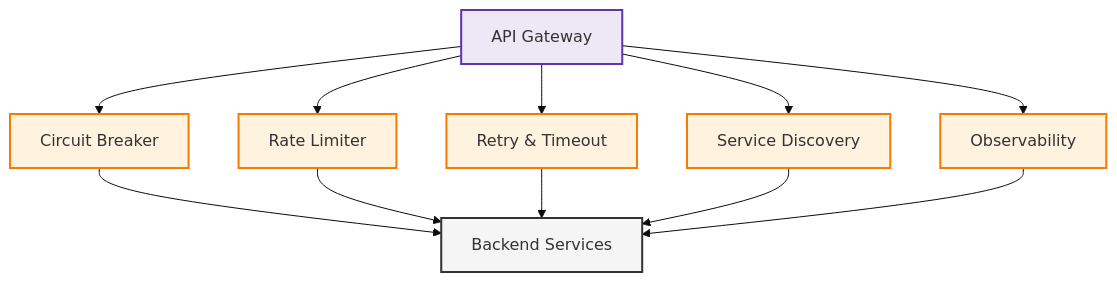
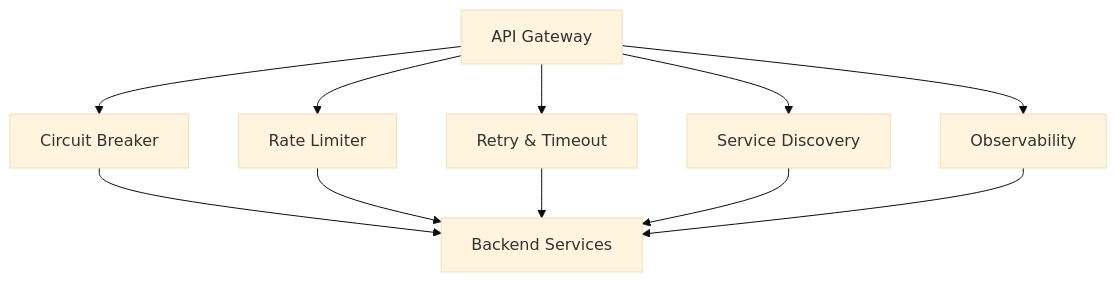
Before and after one commit to JoaquinBenegas2/distributed-systems-in-java: the sixth of 7 diagrams in api-gateway/API-GATEWAY.md, drawn with Mermaid (base theme). The commit also changed other lines of this file, not shown here.

Commit message:
docs(api-gateway): remove redundant class definitions and colors from diagrams

````diff
--- a/api-gateway/API-GATEWAY.md
+++ b/api-gateway/API-GATEWAY.md
@@ -376,22 +338,14 @@
 ```mermaid
 flowchart TD
     Gateway[API Gateway] --> CircuitBreaker[Circuit Breaker]
     Gateway --> RateLimiter[Rate Limiter]
     Gateway --> RetryTimeout[Retry & Timeout]
     Gateway --> ServiceDiscovery[Service Discovery]
     Gateway --> Observability[Observability]
 
     CircuitBreaker --> Service[Backend Services]
     RateLimiter --> Service
     RetryTimeout --> Service
     ServiceDiscovery --> Service
     Observability --> Service
-
-    classDef gateway fill:#ede7f6,stroke:#5e35b1,stroke-width:2px
-    classDef pattern fill:#fff3e0,stroke:#f57c00,stroke-width:2px
-    classDef service fill:#f5f5f5,stroke:#333,stroke-width:2px
-
-    class Gateway gateway
-    class CircuitBreaker,RateLimiter,RetryTimeout,ServiceDiscovery,Observability pattern
-    class Service service
 ```
````
